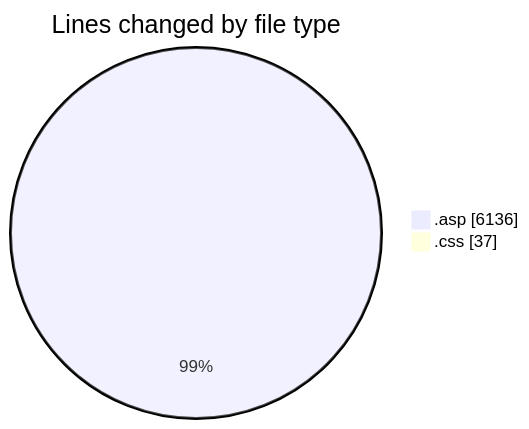
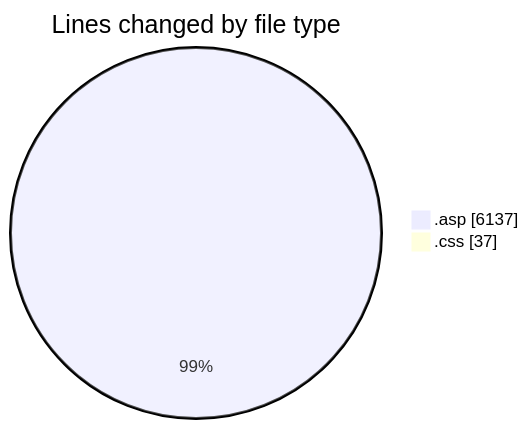
One commit to julien-gomy/code-tracking changed the first of 2 diagrams in 2025-11-02/cdp_aleoudev_fr__workspace_/README.md. Above: the diagram before and after it, drawn with Mermaid. The commit also changed other lines of this file and 1 other file, not shown here.

````diff
--- a/2025-11-02/cdp_aleoudev_fr__workspace_/README.md
+++ b/2025-11-02/cdp_aleoudev_fr__workspace_/README.md
@@ -25,6 +25,6 @@
 ```mermaid
 pie showData
 title Lines changed by file type
-".asp" : 6136
+".asp" : 6137
 ".css" : 37
 ```
````
